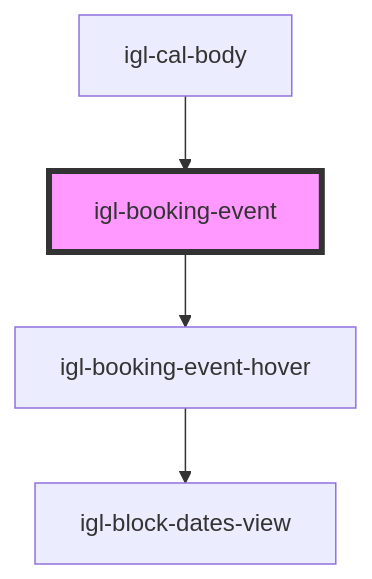
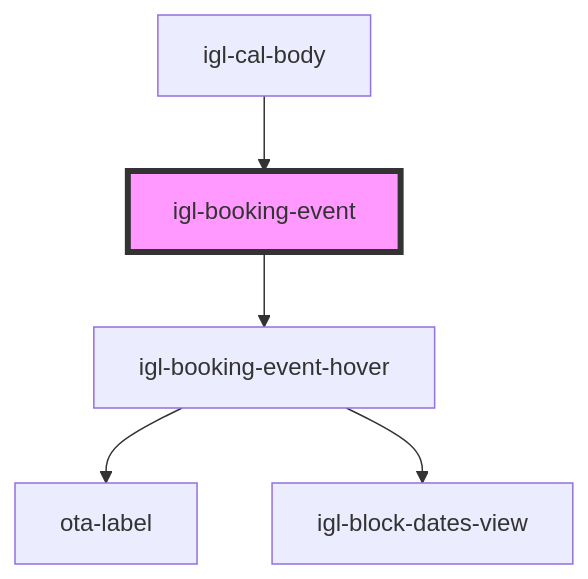
Before and after one commit to David1Chowaifaty/modified-ir-webcmp: the diagram in src/components/igloo-calendar/igl-booking-event/readme.md, drawn with Mermaid. The commit also changed 11 other files, not shown here.

````diff
--- a/src/components/igloo-calendar/igl-booking-event/readme.md
+++ b/src/components/igloo-calendar/igl-booking-event/readme.md
@@ -44,7 +44,8 @@
 ```mermaid
 graph TD;
   igl-booking-event --> igl-booking-event-hover
+  igl-booking-event-hover --> ota-label
   igl-booking-event-hover --> igl-block-dates-view
   igl-cal-body --> igl-booking-event
   style igl-booking-event fill:#f9f,stroke:#333,stroke-width:4px
 ```
````
